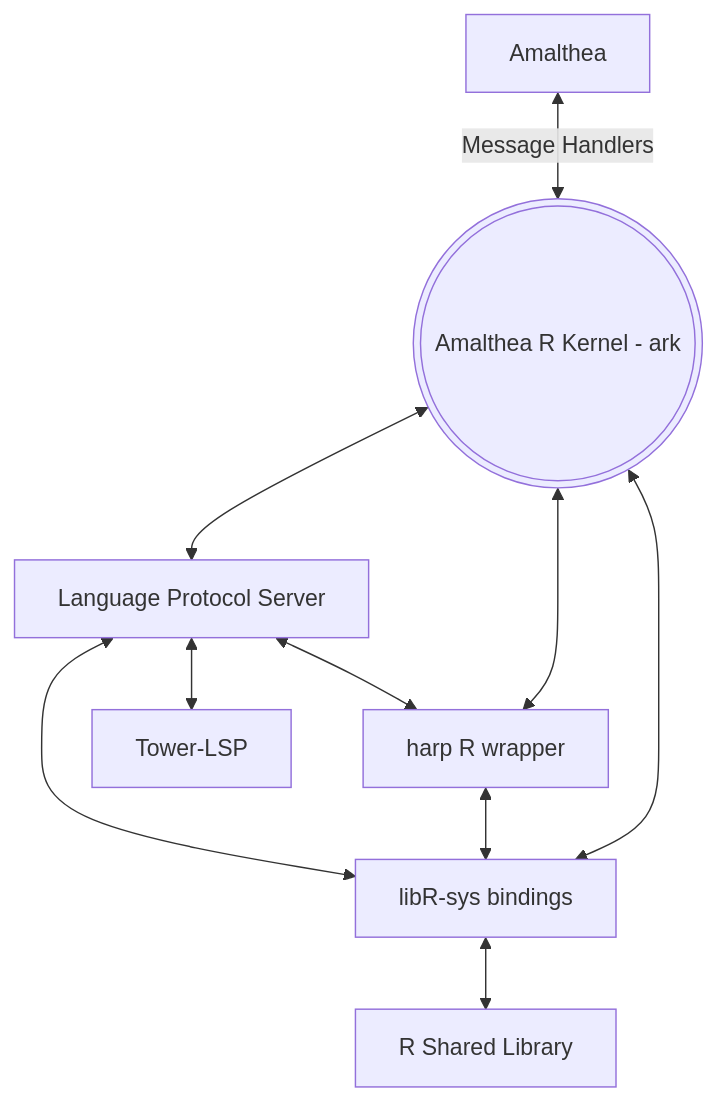
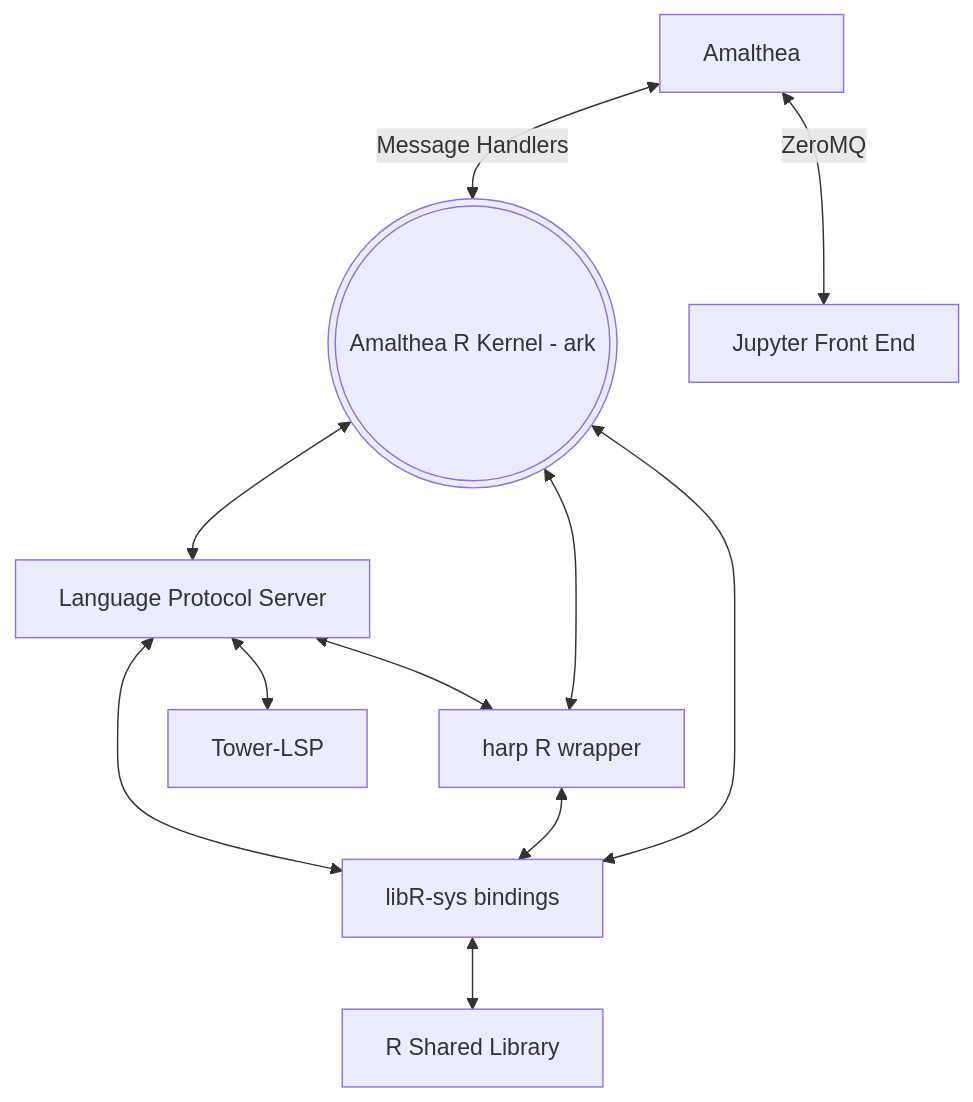
Before and after one commit to posit-dev/ark: the diagram in README.md, drawn with Mermaid. The commit also changed other lines of this file, not shown here.

````diff
--- a/README.md
+++ b/README.md
@@ -17,12 +17,13 @@
 ```mermaid
 flowchart TD
 a[Amalthea] <--Message Handlers--> ark(((Amalthea R Kernel - ark)))
+a <--ZeroMQ--> jf[Jupyter Front End]
 ark <--> lsp[Language Protocol Server]
 ark <--> h[harp R wrapper]
 ark <--> libr[libR-sys bindings]
 h <--> libr
 libr <--> r[R Shared Library]
 lsp <--> h
 lsp <--> libr
 lsp <--> tower[Tower-LSP]
 ```
````
